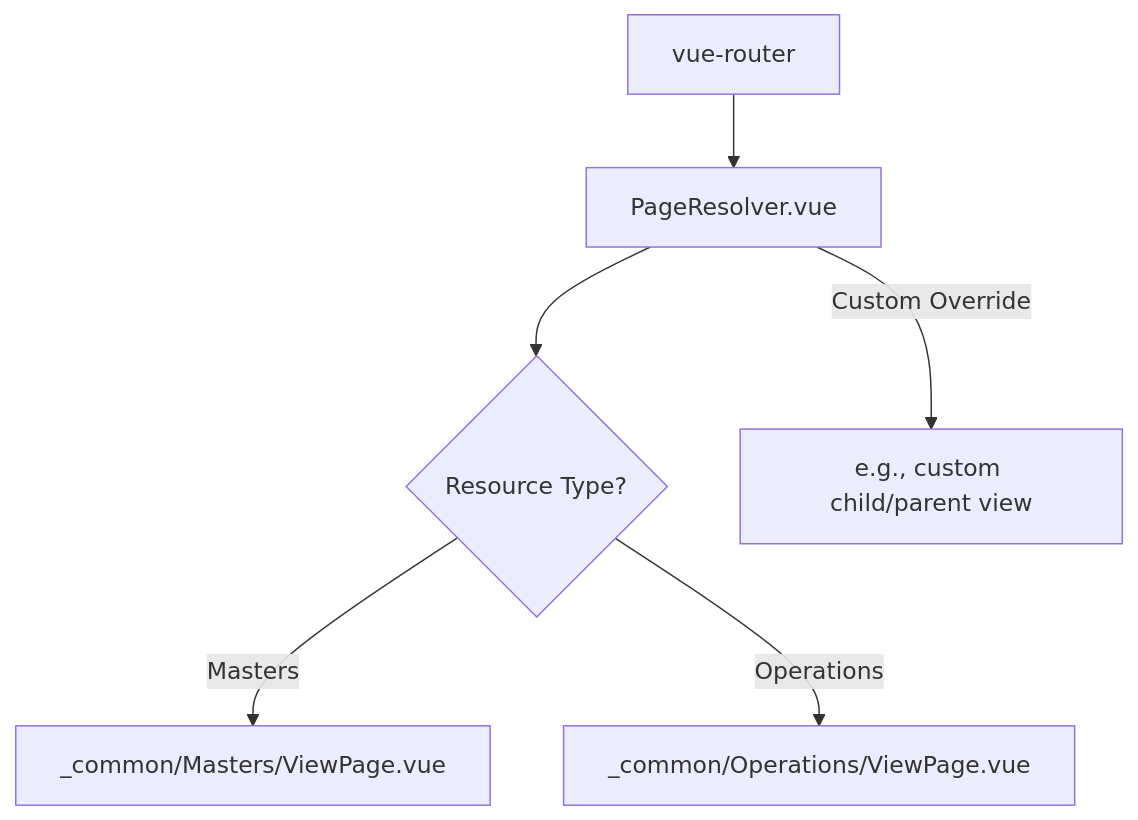
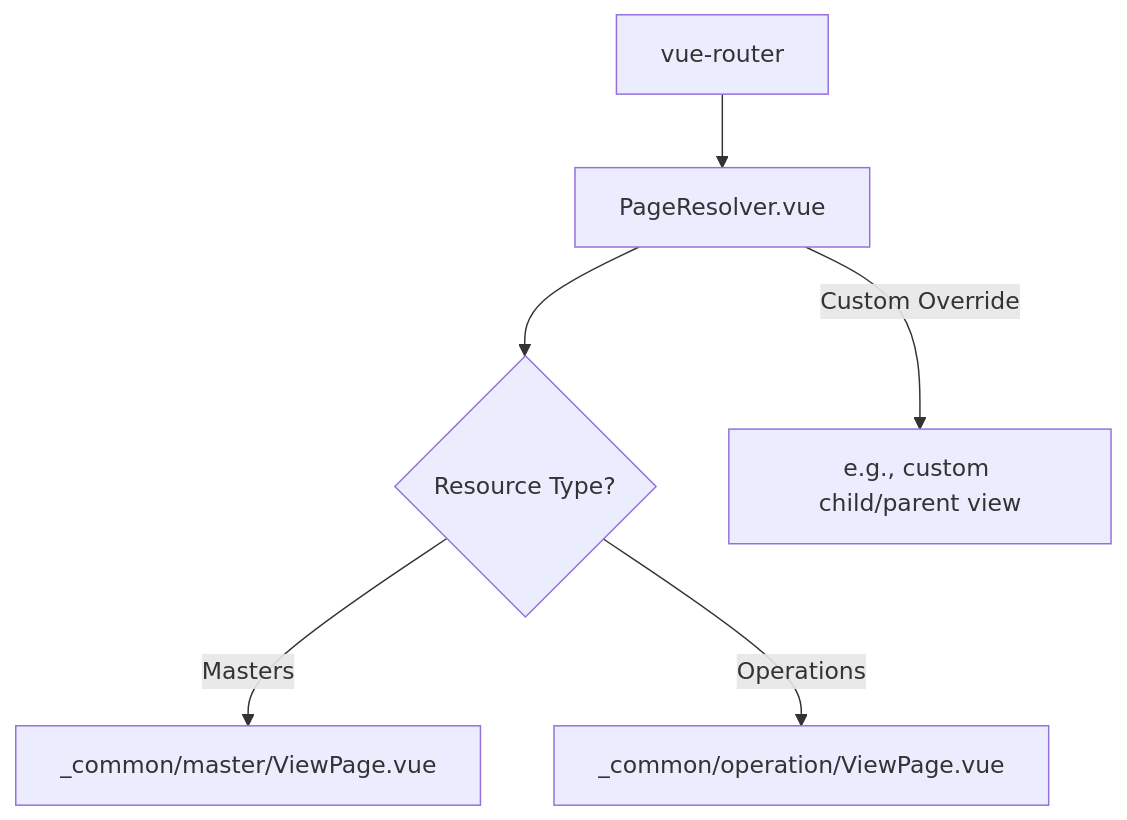
Before and after one commit to firumon/little-leap-aql: the first of 2 diagrams in References/CODEBASE_INDEX.md, drawn with Mermaid. The commit also changed other lines of this file and 208 other files, not shown here.

Commit message:
Normalize scope routes to singular (master/operation)\n\nNormalize route and menu scope strings from 'masters'->'master' and 'operations'->'operation' across source files.\n\nCo-authored-by: Copilot <223556219+Copilot@users.noreply.github.com>

````diff
--- a/References/CODEBASE_INDEX.md
+++ b/References/CODEBASE_INDEX.md
@@ -63,10 +63,10 @@
 ```mermaid
 graph TD
     Router[vue-router] --> Resolver[PageResolver.vue]
     Resolver --> CheckType{Resource Type?}
     
-    CheckType -->|Masters| MasterLayout[_common/Masters/ViewPage.vue]
-    CheckType -->|Operations| OpLayout[_common/Operations/ViewPage.vue]
+    CheckType -->|Masters| MasterLayout[_common/master/ViewPage.vue]
+    CheckType -->|Operations| OpLayout[_common/operation/ViewPage.vue]
     
     Resolver -->|Custom Override| CustomPage[e.g., custom child/parent view]
 ```
````
